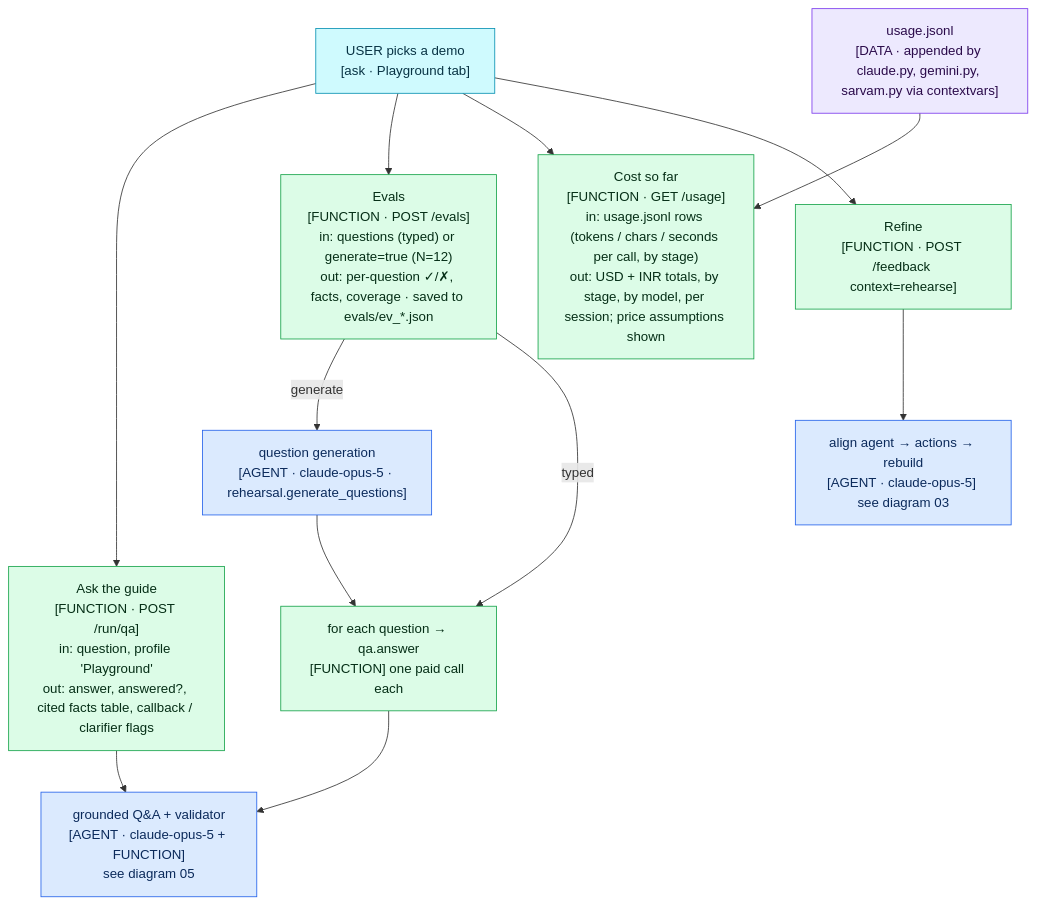
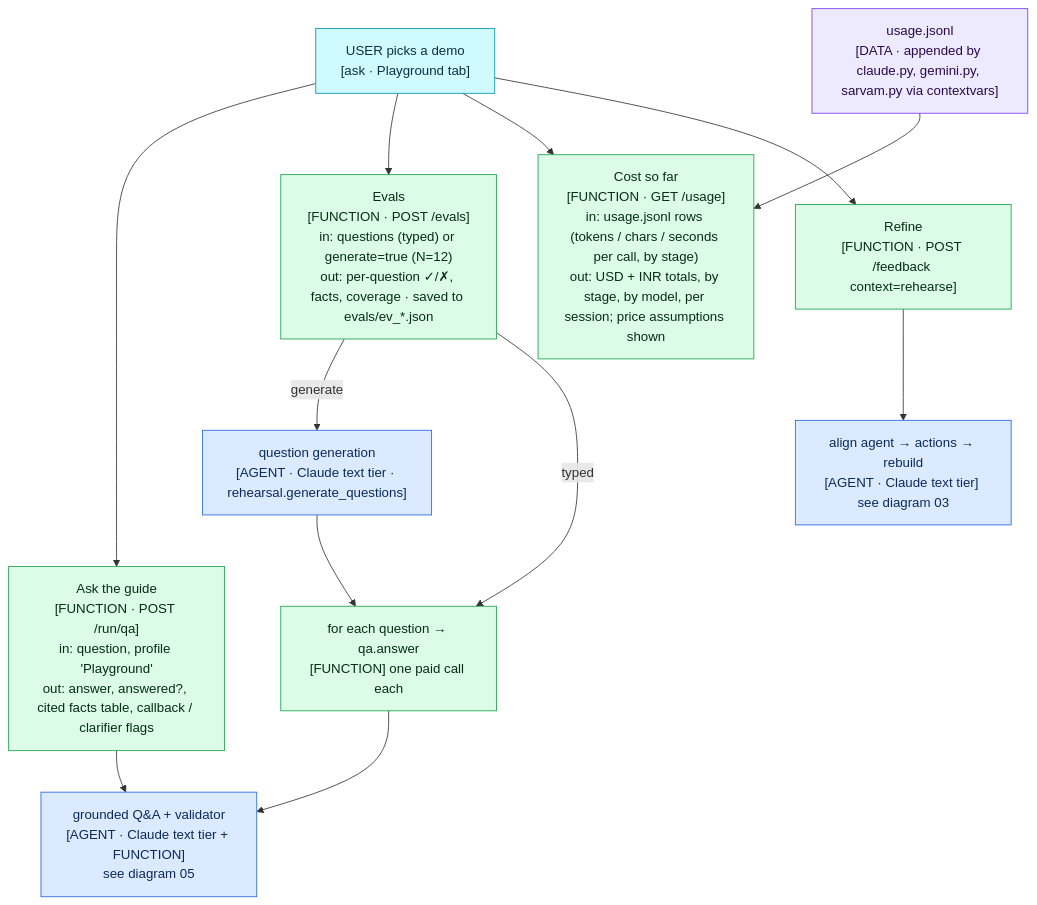
The diagram in docs/mermaid/06-playground.mmd (APareek89/demo-studio), drawn with Mermaid before and after one commit. The commit also changed 25 other files, not shown here.

```diff
--- a/docs/mermaid/06-playground.mmd
+++ b/docs/mermaid/06-playground.mmd
@@ -1,27 +1,27 @@
 %% 06 · Playground — ask, evals, cost, refine (web/playground.js)
 flowchart TD
   SEL["USER picks a demo<br/>[ask · Playground tab]"]:::ask
   ASK["Ask the guide<br/>[FUNCTION · POST /run/qa]<br/>in: question, profile 'Playground'<br/>out: answer, answered?, cited facts table, callback / clarifier flags"]:::fn
-  QA["grounded Q&A + validator<br/>[AGENT · claude-opus-5 + FUNCTION]<br/>see diagram 05"]:::agent
+  QA["grounded Q&A + validator<br/>[AGENT · Claude text tier + FUNCTION]<br/>see diagram 05"]:::agent
   EV["Evals<br/>[FUNCTION · POST /evals]<br/>in: questions (typed) or generate=true (N=12)<br/>out: per-question ✓/✗, facts, coverage · saved to evals/ev_*.json"]:::fn
-  QGEN["question generation<br/>[AGENT · claude-opus-5 · rehearsal.generate_questions]"]:::agent
+  QGEN["question generation<br/>[AGENT · Claude text tier · rehearsal.generate_questions]"]:::agent
   LOOP["for each question → qa.answer<br/>[FUNCTION] one paid call each"]:::fn
   COST["Cost so far<br/>[FUNCTION · GET /usage]<br/>in: usage.jsonl rows (tokens / chars / seconds per call, by stage)<br/>out: USD + INR totals, by stage, by model, per session; price assumptions shown"]:::fn
   USE["usage.jsonl<br/>[DATA · appended by claude.py, gemini.py, sarvam.py via contextvars]"]:::data
   FB["Refine<br/>[FUNCTION · POST /feedback context=rehearse]"]:::fn
-  ALIGN["align agent → actions → rebuild<br/>[AGENT · claude-opus-5] see diagram 03"]:::agent
+  ALIGN["align agent → actions → rebuild<br/>[AGENT · Claude text tier] see diagram 03"]:::agent
 
   SEL --> ASK --> QA
   SEL --> EV
   EV -- "generate" --> QGEN --> LOOP
   EV -- "typed" --> LOOP --> QA
   SEL --> COST
   USE --> COST
   SEL --> FB --> ALIGN
 
   classDef agent fill:#dbeafe,stroke:#2563eb,color:#0b2a5b;
   classDef fn fill:#dcfce7,stroke:#16a34a,color:#052e16;
   classDef dec fill:#f3e8ff,stroke:#9333ea,color:#2a0a4a;
   classDef term fill:#e5e7eb,stroke:#6b7280,color:#111827;
   classDef ask fill:#cffafe,stroke:#0891b2,color:#083344;
   classDef data fill:#ede9fe,stroke:#7c3aed,color:#2a0a4a;
```
